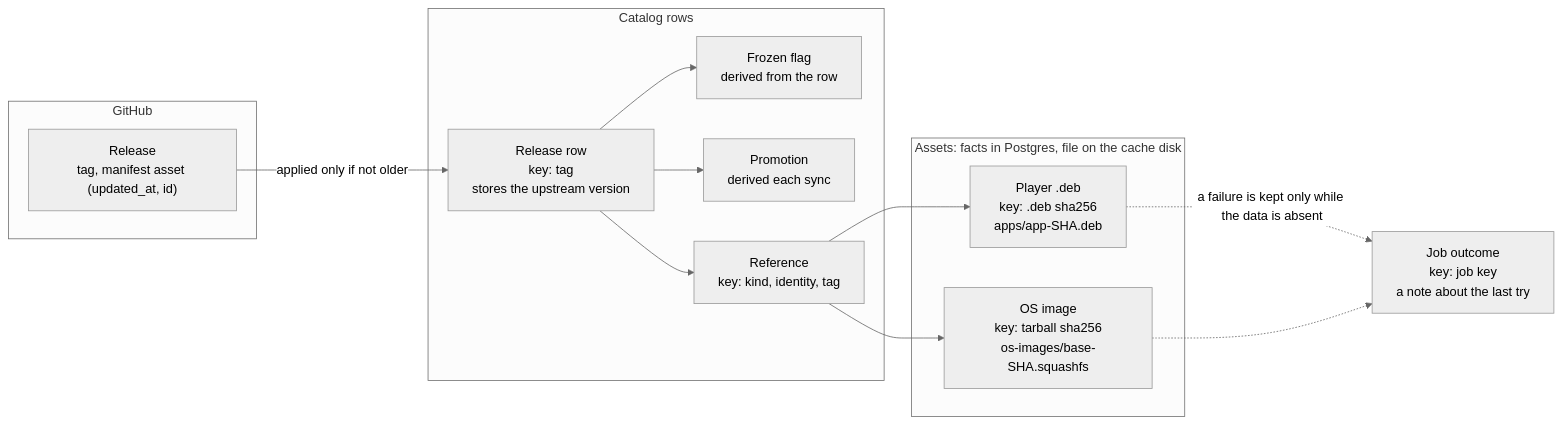
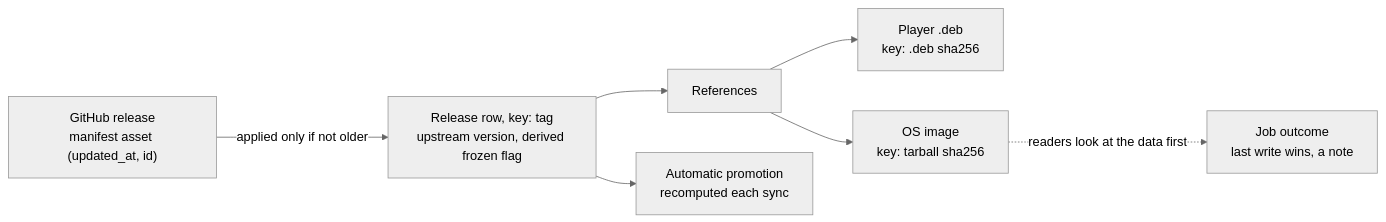
One commit to mcurcio/photo-wall changed the first of 4 diagrams in docs/central-idempotent-jobs.md. Above: the diagram before and after it, drawn with Mermaid (neutral theme). The commit also changed other lines of this file and 10 other files, not shown here.

````diff
--- a/docs/central-idempotent-jobs.md
+++ b/docs/central-idempotent-jobs.md
@@ -41,25 +38,9 @@
 ```mermaid
 graph LR
-  subgraph Upstream["GitHub"]
-    GR["Release<br/>tag, manifest asset (updated_at, id)"]
-  end
-  subgraph Catalog["Catalog rows"]
-    RR["Release row<br/>key: tag<br/>stores the upstream version"]
-    FZ["Frozen flag<br/>derived from the row"]
-    PR["Promotion<br/>derived each sync"]
-    REF["Reference<br/>key: kind, identity, tag"]
-  end
-  subgraph Content["Assets: facts in Postgres, file on the cache disk"]
-    DEB["Player .deb<br/>key: .deb sha256<br/>apps/app-SHA.deb"]
-    OS["OS image<br/>key: tarball sha256<br/>os-images/base-SHA.squashfs"]
-  end
-  OUT["Job outcome<br/>key: job key<br/>a note about the last try"]
-  GR -- "applied only if not older" --> RR
-  RR --> FZ
-  RR --> PR
-  RR --> REF
-  REF --> DEB
-  REF --> OS
-  DEB -. "a failure is kept only while the data is absent" .-> OUT
-  OS -.-> OUT
+  GR["GitHub release<br/>manifest asset (updated_at, id)"] -- "applied only if not older" --> RR
+  RR["Release row, key: tag<br/>upstream version, derived frozen flag"] --> REF["References"]
+  RR --> PR["Automatic promotion<br/>recomputed each sync"]
+  REF --> DEB["Player .deb<br/>key: .deb sha256"]
+  REF --> OS["OS image<br/>key: tarball sha256"]
+  OS -. "readers look at the data first" .-> OUT["Job outcome<br/>last write wins, a note"]
 ```
````
